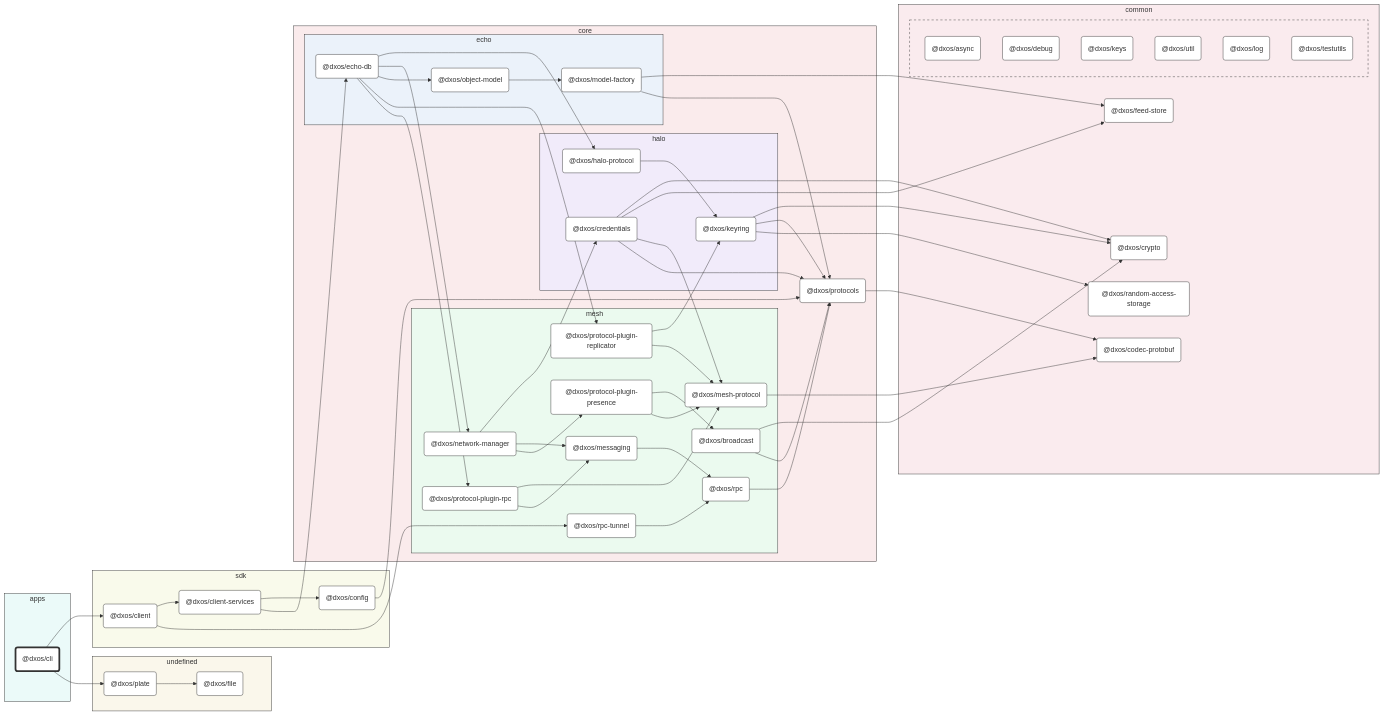
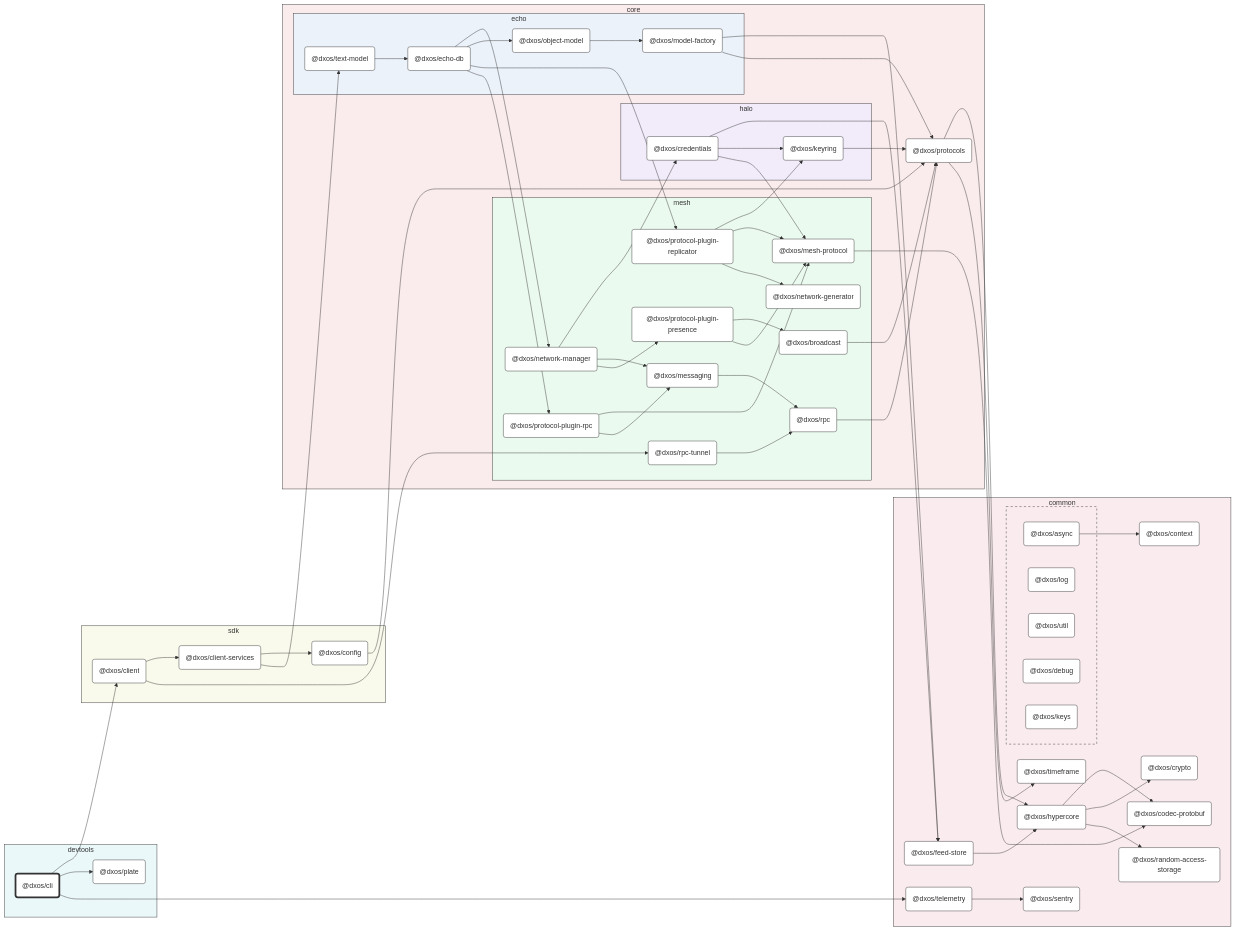
The diagram in packages/devtools/cli/docs/README.md (dxos/dxos), drawn with Mermaid before and after one commit. The commit also changed other lines of this file and 95 other files, not shown here.

Commit message:
Class diagrams.

````diff
--- a/packages/devtools/cli/docs/README.md
+++ b/packages/devtools/cli/docs/README.md
@@ -15,37 +15,47 @@
 
 %% Nodes
 
-subgraph apps [apps]
-  style apps fill:#ebfaf9,stroke:#333
+subgraph devtools [devtools]
+  style devtools fill:#ebf8fa,stroke:#333
   dxos/cli("@dxos/cli"):::root
-  click dxos/cli "dxos/dxos/tree/main/packages/apps/cli/docs"
+  click dxos/cli "dxos/dxos/tree/main/packages/devtools/cli/docs"
+  dxos/plate("@dxos/plate"):::def
+  click dxos/plate "dxos/dxos/tree/main/packages/devtools/plate/docs"
 end
 
 subgraph common [common]
   style common fill:#faebee,stroke:#333
+  dxos/context("@dxos/context"):::def
+  click dxos/context "dxos/dxos/tree/main/packages/common/context/docs"
   dxos/codec-protobuf("@dxos/codec-protobuf"):::def
   click dxos/codec-protobuf "dxos/dxos/tree/main/packages/common/codec-protobuf/docs"
+  dxos/hypercore("@dxos/hypercore"):::def
+  click dxos/hypercore "dxos/dxos/tree/main/packages/common/hypercore/docs"
   dxos/crypto("@dxos/crypto"):::def
   click dxos/crypto "dxos/dxos/tree/main/packages/common/crypto/docs"
+  dxos/random-access-storage("@dxos/random-access-storage"):::def
+  click dxos/random-access-storage "dxos/dxos/tree/main/packages/common/random-access-storage/docs"
+  dxos/timeframe("@dxos/timeframe"):::def
+  click dxos/timeframe "dxos/dxos/tree/main/packages/common/timeframe/docs"
   dxos/feed-store("@dxos/feed-store"):::def
   click dxos/feed-store "dxos/dxos/tree/main/packages/common/feed-store/docs"
-  dxos/random-access-storage("@dxos/random-access-storage"):::def
-  click dxos/random-access-storage "dxos/dxos/tree/main/packages/common/random-access-storage/docs"
+  dxos/sentry("@dxos/sentry"):::def
+  click dxos/sentry "dxos/dxos/tree/main/packages/common/sentry/docs"
+  dxos/telemetry("@dxos/telemetry"):::def
+  click dxos/telemetry "dxos/dxos/tree/main/packages/common/telemetry/docs"
 
   subgraph _ [ ]
     style _ fill:#faebee,stroke:#333,stroke-dasharray:5 5
     dxos/async("@dxos/async"):::def
     click dxos/async "dxos/dxos/tree/main/packages/common/async/docs"
+    dxos/log("@dxos/log"):::def
+    click dxos/log "dxos/dxos/tree/main/packages/common/log/docs"
+    dxos/util("@dxos/util"):::def
+    click dxos/util "dxos/dxos/tree/main/packages/common/util/docs"
     dxos/debug("@dxos/debug"):::def
     click dxos/debug "dxos/dxos/tree/main/packages/common/debug/docs"
     dxos/keys("@dxos/keys"):::def
     click dxos/keys "dxos/dxos/tree/main/packages/common/keys/docs"
-    dxos/util("@dxos/util"):::def
-    click dxos/util "dxos/dxos/tree/main/packages/common/util/docs"
-    dxos/log("@dxos/log"):::def
-    click dxos/log "dxos/dxos/tree/main/packages/common/log/docs"
-    dxos/testutils("@dxos/testutils"):::def
-    click dxos/testutils "dxos/dxos/tree/main/packages/common/testutils/docs"
   end
 end
 
@@ -68,8 +78,6 @@
     style halo fill:#f1ebfa,stroke:#333
     dxos/credentials("@dxos/credentials"):::def
     click dxos/credentials "dxos/dxos/tree/main/packages/core/halo/credentials/docs"
-    dxos/halo-protocol("@dxos/halo-protocol"):::def
-    click dxos/halo-protocol "dxos/dxos/tree/main/packages/core/halo/halo-protocol/docs"
     dxos/keyring("@dxos/keyring"):::def
     click dxos/keyring "dxos/dxos/tree/main/packages/core/halo/keyring/docs"
   end
@@ -90,6 +98,8 @@
     click dxos/broadcast "dxos/dxos/tree/main/packages/core/mesh/broadcast/docs"
     dxos/protocol-plugin-replicator("@dxos/protocol-plugin-replicator"):::def
     click dxos/protocol-plugin-replicator "dxos/dxos/tree/main/packages/core/mesh/protocol-plugin-replicator/docs"
+    dxos/network-generator("@dxos/network-generator"):::def
+    click dxos/network-generator "dxos/dxos/tree/main/packages/core/mesh/network-generator/docs"
     dxos/protocol-plugin-rpc("@dxos/protocol-plugin-rpc"):::def
     click dxos/protocol-plugin-rpc "dxos/dxos/tree/main/packages/core/mesh/protocol-plugin-rpc/docs"
     dxos/rpc-tunnel("@dxos/rpc-tunnel"):::def
@@ -104,35 +114,29 @@
     click dxos/model-factory "dxos/dxos/tree/main/packages/core/echo/model-factory/docs"
     dxos/object-model("@dxos/object-model"):::def
     click dxos/object-model "dxos/dxos/tree/main/packages/core/echo/object-model/docs"
+    dxos/text-model("@dxos/text-model"):::def
+    click dxos/text-model "dxos/dxos/tree/main/packages/core/echo/text-model/docs"
   end
-end
-
-subgraph undefined [undefined]
-  style undefined fill:#faf7eb,stroke:#333
-  dxos/plate("@dxos/plate"):::def
-  click dxos/plate "dxos/dxos/tree/main/tools/plate/docs"
-  dxos/file("@dxos/file"):::def
-  click dxos/file "dxos/dxos/tree/main/tools/file/docs"
 end
 
 %% Links
 linkStyle default stroke:#333,stroke-width:1px
+dxos/async --> dxos/context
 dxos/cli --> dxos/client
 dxos/client --> dxos/client-services
 dxos/client-services --> dxos/config
 dxos/config --> dxos/protocols
-dxos/protocols --> dxos/codec-protobuf
-dxos/credentials --> dxos/crypto
+dxos/protocols --> dxos/hypercore
+dxos/hypercore --> dxos/codec-protobuf
+dxos/hypercore --> dxos/crypto
+dxos/hypercore --> dxos/random-access-storage
+dxos/protocols --> dxos/timeframe
 dxos/credentials --> dxos/feed-store
+dxos/feed-store --> dxos/hypercore
+dxos/credentials --> dxos/keyring
+dxos/keyring --> dxos/protocols
 dxos/credentials --> dxos/mesh-protocol
 dxos/mesh-protocol --> dxos/codec-protobuf
-dxos/credentials --> dxos/protocols
-dxos/client-services --> dxos/echo-db
-dxos/echo-db --> dxos/halo-protocol
-dxos/halo-protocol --> dxos/keyring
-dxos/keyring --> dxos/crypto
-dxos/keyring --> dxos/protocols
-dxos/keyring --> dxos/random-access-storage
 dxos/messaging --> dxos/rpc
 dxos/rpc --> dxos/protocols
 dxos/model-factory --> dxos/feed-store
@@ -142,7 +146,6 @@
 dxos/network-manager --> dxos/messaging
 dxos/network-manager --> dxos/protocol-plugin-presence
 dxos/protocol-plugin-presence --> dxos/broadcast
-dxos/broadcast --> dxos/crypto
 dxos/broadcast --> dxos/protocols
 dxos/protocol-plugin-presence --> dxos/mesh-protocol
 dxos/echo-db --> dxos/object-model
@@ -150,11 +153,15 @@
 dxos/echo-db --> dxos/protocol-plugin-replicator
 dxos/protocol-plugin-replicator --> dxos/keyring
 dxos/protocol-plugin-replicator --> dxos/mesh-protocol
+dxos/protocol-plugin-replicator --> dxos/network-generator
 dxos/echo-db --> dxos/protocol-plugin-rpc
 dxos/protocol-plugin-rpc --> dxos/mesh-protocol
 dxos/protocol-plugin-rpc --> dxos/messaging
+dxos/client-services --> dxos/text-model
+dxos/text-model --> dxos/echo-db
 dxos/client --> dxos/rpc-tunnel
 dxos/rpc-tunnel --> dxos/rpc
 dxos/cli --> dxos/plate
-dxos/plate --> dxos/file
+dxos/cli --> dxos/telemetry
+dxos/telemetry --> dxos/sentry
 ```
````
